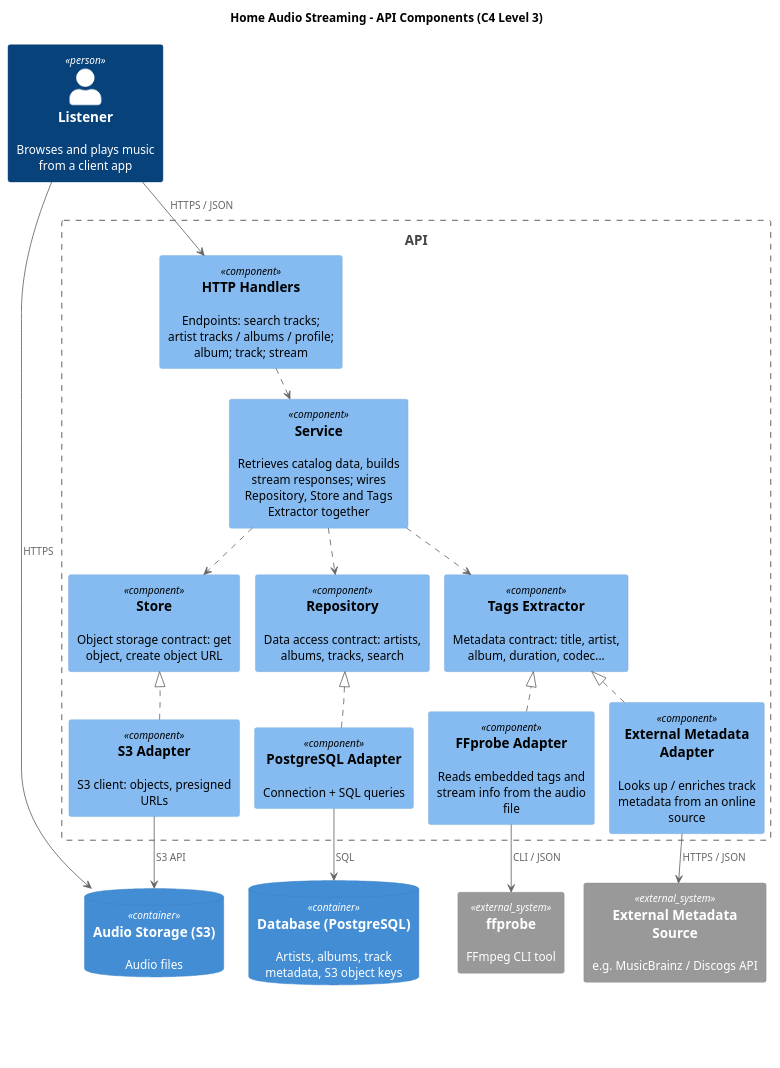
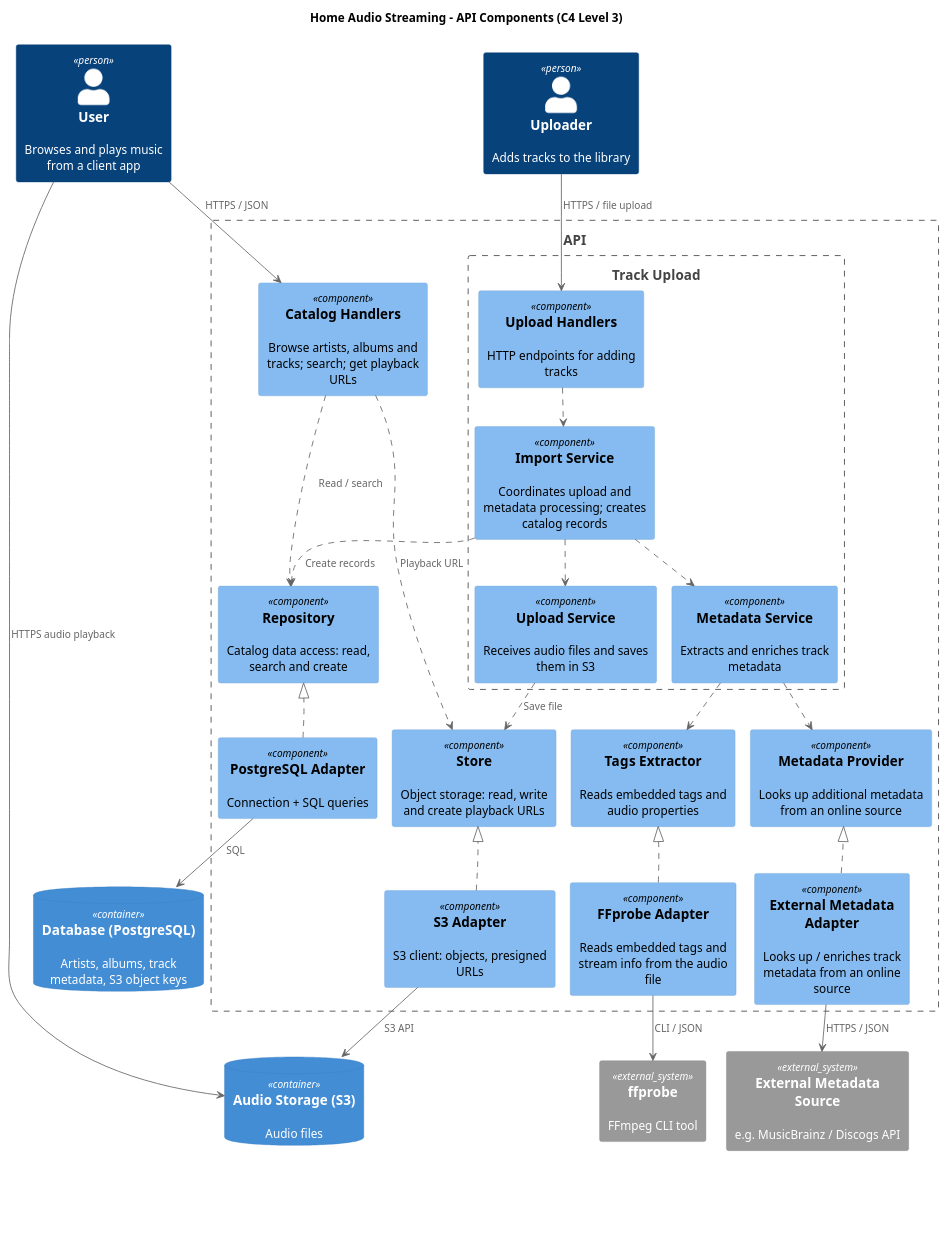
Before and after one commit to Ibaaan/audio-streaming: the diagram in docs/api-components.puml, drawn with PlantUML.

Commit message:
add upload flow

```diff
--- a/docs/api-components.puml
+++ b/docs/api-components.puml
@@ -1,69 +1,84 @@
 @startuml
 !pragma layout smetana
 !include <C4/C4_Component>
 
 LAYOUT_TOP_DOWN()
 
 title Home Audio Streaming - API Components (C4 Level 3)
 
-Person(user, "Listener", "Browses and plays music from a client app")
+Person(user, "User", "Browses and plays music from a client app")
+Person(uploader, "Uploader", "Adds tracks to the library")
 
 Boundary(api, "API", "") {
-  Component(handlers, "HTTP Handlers", "", "Endpoints: search tracks; artist tracks / albums / profile; album; track; stream")
-  Component(service, "Service", "", "Retrieves catalog data, builds stream responses; wires Repository, Store and Tags Extractor together")
+  Component(catalogHandlers, "Catalog Handlers", "", "Browse artists, albums and tracks; search; get playback URLs")
 
-  Component(repo, "Repository", "", "Data access contract: artists, albums, tracks, search")
-  Component(store, "Store", "", "Object storage contract: get object, create object URL")
-  Component(tags, "Tags Extractor", "", "Metadata contract: title, artist, album, duration, codec...")
+  Boundary(upload, "Track Upload", "") {
+    Component(uploadHandlers, "Upload Handlers", "", "HTTP endpoints for adding tracks")
+    Component(uploadService, "Upload Service", "", "Receives audio files and saves them in S3")
+    Component(metadataService, "Metadata Service", "", "Extracts and enriches track metadata")
+    Component(importService, "Import Service", "", "Coordinates upload and metadata processing; creates catalog records")
+  }
+
+  Component(repo, "Repository", "", "Catalog data access: read, search and create")
+  Component(store, "Store", "", "Object storage: read, write and create playback URLs")
+  Component(tags, "Tags Extractor", "", "Reads embedded tags and audio properties")
+  Component(metadataProvider, "Metadata Provider", "", "Looks up additional metadata from an online source")
 
   Component(postgresAdapter, "PostgreSQL Adapter", "", "Connection + SQL queries")
   Component(s3Adapter, "S3 Adapter", "", "S3 client: objects, presigned URLs")
   Component(ffprobeAdapter, "FFprobe Adapter", "", "Reads embedded tags and stream info from the audio file")
   Component(externalAdapter, "External Metadata Adapter", "", "Looks up / enriches track metadata from an online source")
 }
 
 ContainerDb(db, "Database (PostgreSQL)", "", "Artists, albums, track metadata, S3 object keys")
 ContainerDb(s3, "Audio Storage (S3)", "", "Audio files")
 System_Ext(ffprobe, "ffprobe", "FFmpeg CLI tool")
 System_Ext(metaApi, "External Metadata Source", "e.g. MusicBrainz / Discogs API")
 
-user --> handlers : HTTPS / JSON
-handlers ..> service
+user --> catalogHandlers : HTTPS / JSON
+uploader --> uploadHandlers : HTTPS / file upload
 
-service ..> repo
-service ..> store
-service ..> tags
+catalogHandlers ..> repo : Read / search
+catalogHandlers ..> store : Playback URL
+uploadHandlers ..> importService
+importService ..> uploadService
+importService ..> metadataService
+importService ..> repo : Create records
+uploadService ..> store : Save file
+metadataService ..> tags
+metadataService ..> metadataProvider
 
 repo <|.up. postgresAdapter
 store <|.up. s3Adapter
 tags <|.up. ffprobeAdapter
-tags <|.up. externalAdapter
+metadataProvider <|.up. externalAdapter
 
 postgresAdapter --> db : SQL
 s3Adapter --> s3 : S3 API
 ffprobeAdapter --> ffprobe : CLI / JSON
 externalAdapter --> metaApi : HTTPS / JSON
-
-user --> s3 : HTTPS
+user --> s3 : HTTPS audio playback
 
 repo -[hidden]down- postgresAdapter
 store -[hidden]down- s3Adapter
 tags -[hidden]down- ffprobeAdapter
-tags -[hidden]down- externalAdapter
+metadataProvider -[hidden]down- externalAdapter
 
-Lay_R(store, repo)
-Lay_R(repo, tags)
-Lay_R(s3Adapter, postgresAdapter)
-Lay_R(postgresAdapter, ffprobeAdapter)
+Lay_R(catalogHandlers, uploadHandlers)
+Lay_R(repo, store)
+Lay_R(store, tags)
+Lay_R(tags, metadataProvider)
+Lay_R(postgresAdapter, s3Adapter)
+Lay_R(s3Adapter, ffprobeAdapter)
 Lay_R(ffprobeAdapter, externalAdapter)
-Lay_R(s3, db)
-Lay_R(db, ffprobe)
+Lay_R(db, s3)
+Lay_R(s3, ffprobe)
 Lay_R(ffprobe, metaApi)
 
 legend bottom
   |= Symbol |= Meaning |
   | ..> | Dependency |
   | ..\|> | Interface realization |
   | --> | Interaction |
 endlegend
 @enduml
```
